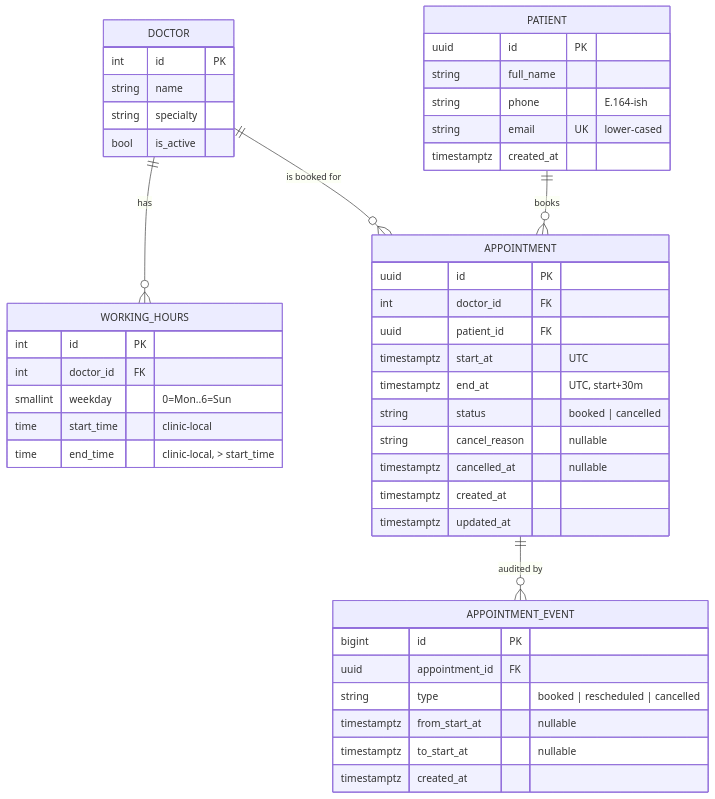
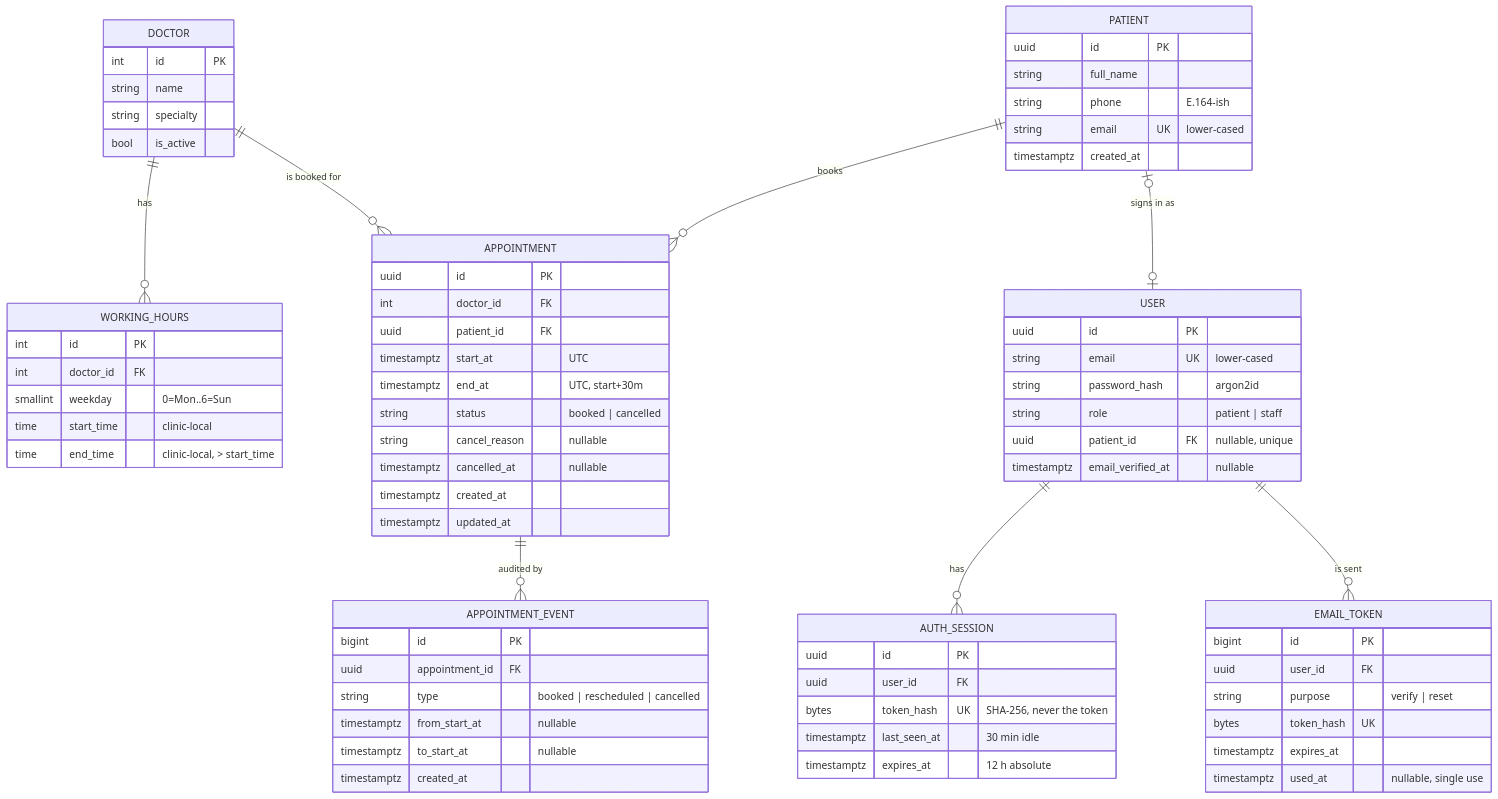
Before and after one commit to MundatiC/clinic-booking-system: the diagram in README.md, drawn with Mermaid. The commit also changed other lines of this file and 1 other file, not shown here.

Commit message:
docs: account tables in the ER diagram, §1.8 split into design-time and now, trade-offs at a glance, current test count

````diff
--- a/README.md
+++ b/README.md
@@ -256,48 +256,74 @@
 ```mermaid
 erDiagram
     DOCTOR ||--o{ WORKING_HOURS : has
     DOCTOR ||--o{ APPOINTMENT : "is booked for"
     PATIENT ||--o{ APPOINTMENT : books
     APPOINTMENT ||--o{ APPOINTMENT_EVENT : "audited by"
+    PATIENT |o--o| USER : "signs in as"
+    USER ||--o{ AUTH_SESSION : has
+    USER ||--o{ EMAIL_TOKEN : "is sent"
 
     DOCTOR {
         int id PK
         string name
         string specialty
         bool is_active
     }
     WORKING_HOURS {
         int id PK
         int doctor_id FK
         smallint weekday "0=Mon..6=Sun"
         time start_time "clinic-local"
         time end_time "clinic-local, > start_time"
     }
     PATIENT {
         uuid id PK
         string full_name
         string phone "E.164-ish"
         string email UK "lower-cased"
         timestamptz created_at
     }
     APPOINTMENT {
         uuid id PK
         int doctor_id FK
         uuid patient_id FK
         timestamptz start_at "UTC"
         timestamptz end_at "UTC, start+30m"
         string status "booked | cancelled"
         string cancel_reason "nullable"
         timestamptz cancelled_at "nullable"
         timestamptz created_at
         timestamptz updated_at
     }
     APPOINTMENT_EVENT {
         bigint id PK
         uuid appointment_id FK
         string type "booked | rescheduled | cancelled"
         timestamptz from_start_at "nullable"
         timestamptz to_start_at "nullable"
         timestamptz created_at
     }
+    USER {
+        uuid id PK
+        string email UK "lower-cased"
+        string password_hash "argon2id"
+        string role "patient | staff"
+        uuid patient_id FK "nullable, unique"
+        timestamptz email_verified_at "nullable"
+    }
+    AUTH_SESSION {
+        uuid id PK
+        uuid user_id FK
+        bytes token_hash UK "SHA-256, never the token"
+        timestamptz last_seen_at "30 min idle"
+        timestamptz expires_at "12 h absolute"
+    }
+    EMAIL_TOKEN {
+        bigint id PK
+        uuid user_id FK
+        string purpose "verify | reset"
+        bytes token_hash UK
+        timestamptz expires_at
+        timestamptz used_at "nullable, single use"
+    }
 ```
````
